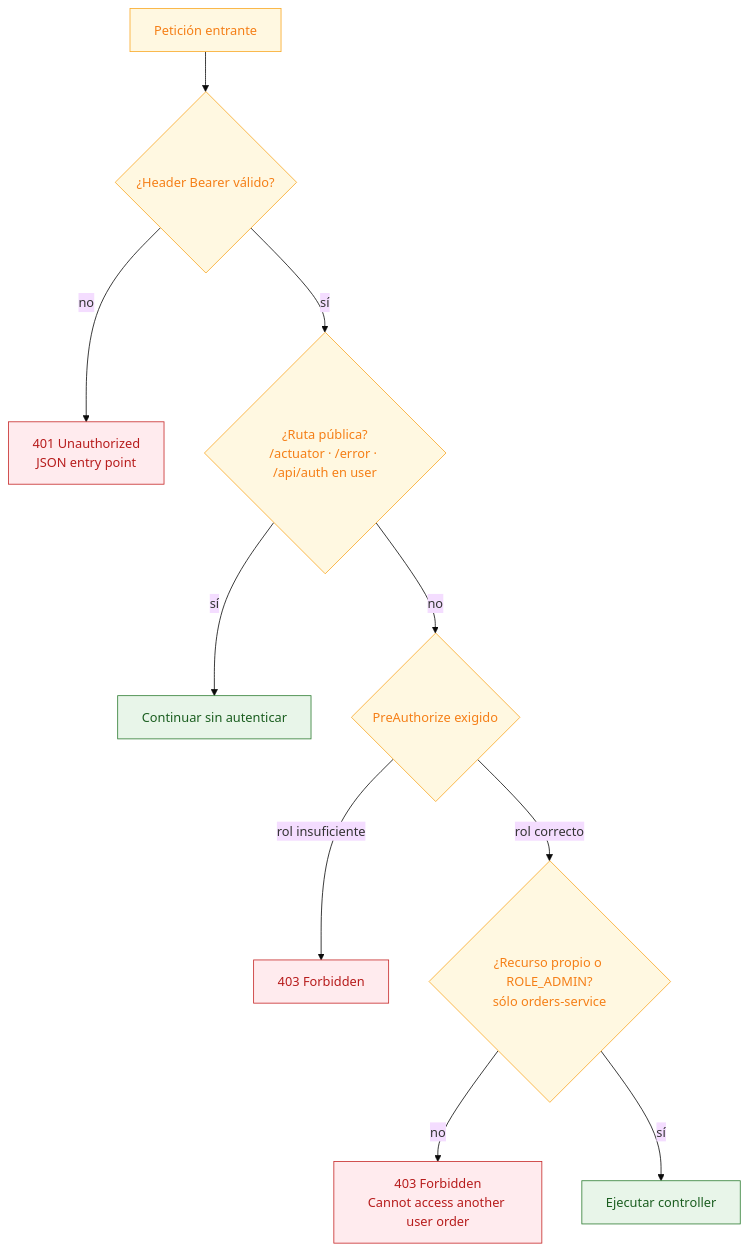
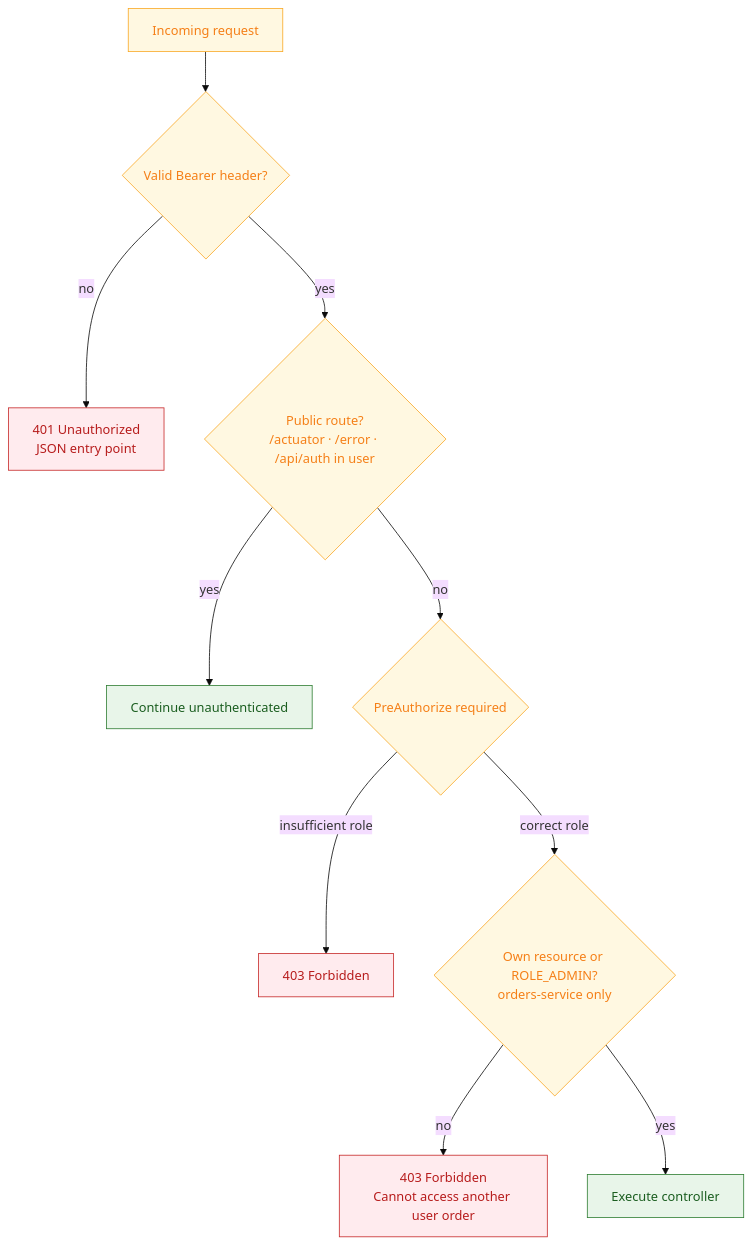
Diagram 15 of 31 in README.md (carlosgarcia-tech/order-flow), drawn with Mermaid (base theme) before and after one commit. The commit also changed other lines of this file, not shown here.

````diff
--- a/README.md
+++ b/README.md
@@ -664,16 +664,16 @@
 ```mermaid
 flowchart TD
     classDef ok fill:#e8f5e9,stroke:#2e7d32,color:#1b5e20
     classDef ko fill:#ffebee,stroke:#c62828,color:#b71c1c
     classDef q fill:#fff8e1,stroke:#f9a825,color:#f57f17
 
-    A["Petición entrante"]:::q --> B{"¿Header Bearer válido?"}:::q
+    A["Incoming request"]:::q --> B{"Valid Bearer header?"}:::q
     B -->|"no"| E401["401 Unauthorized<br/>JSON entry point"]:::ko
-    B -->|"sí"| C{"¿Ruta pública?<br/>/actuator · /error · /api/auth en user"}:::q
-    C -->|"sí"| OK1["Continuar sin autenticar"]:::ok
-    C -->|"no"| D{"PreAuthorize exigido"}:::q
-    D -->|"rol insuficiente"| E403["403 Forbidden"]:::ko
-    D -->|"rol correcto"| E{"¿Recurso propio o ROLE_ADMIN?<br/>sólo orders-service"}:::q
+    B -->|"yes"| C{"Public route?<br/>/actuator · /error · /api/auth in user"}:::q
+    C -->|"yes"| OK1["Continue unauthenticated"]:::ok
+    C -->|"no"| D{"PreAuthorize required"}:::q
+    D -->|"insufficient role"| E403["403 Forbidden"]:::ko
+    D -->|"correct role"| E{"Own resource or ROLE_ADMIN?<br/>orders-service only"}:::q
     E -->|"no"| E403B["403 Forbidden<br/>Cannot access another user order"]:::ko
-    E -->|"sí"| OK2["Ejecutar controller"]:::ok
+    E -->|"yes"| OK2["Execute controller"]:::ok
 ```
````
